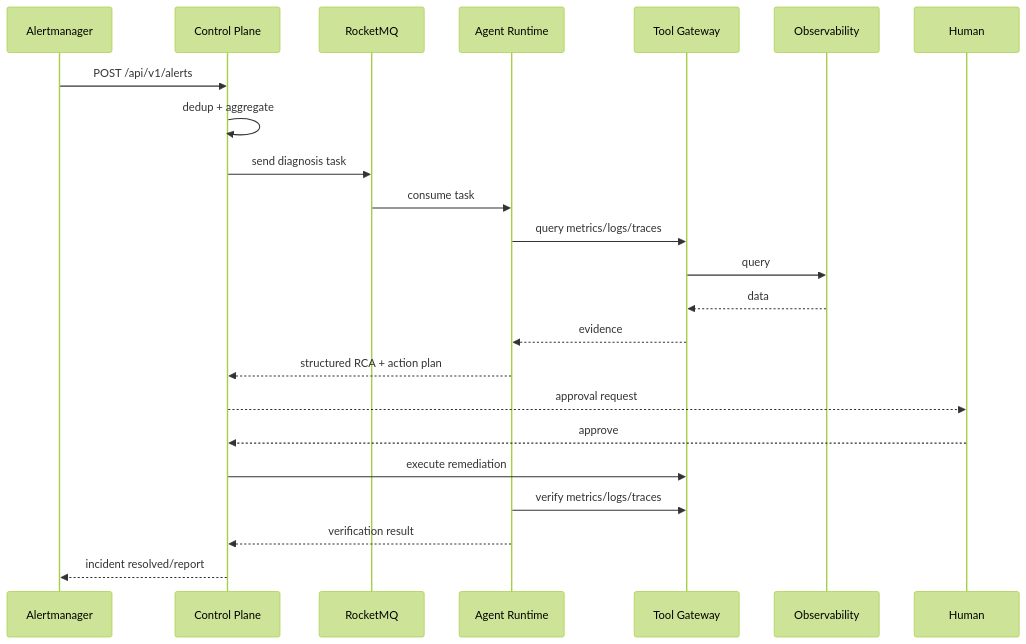
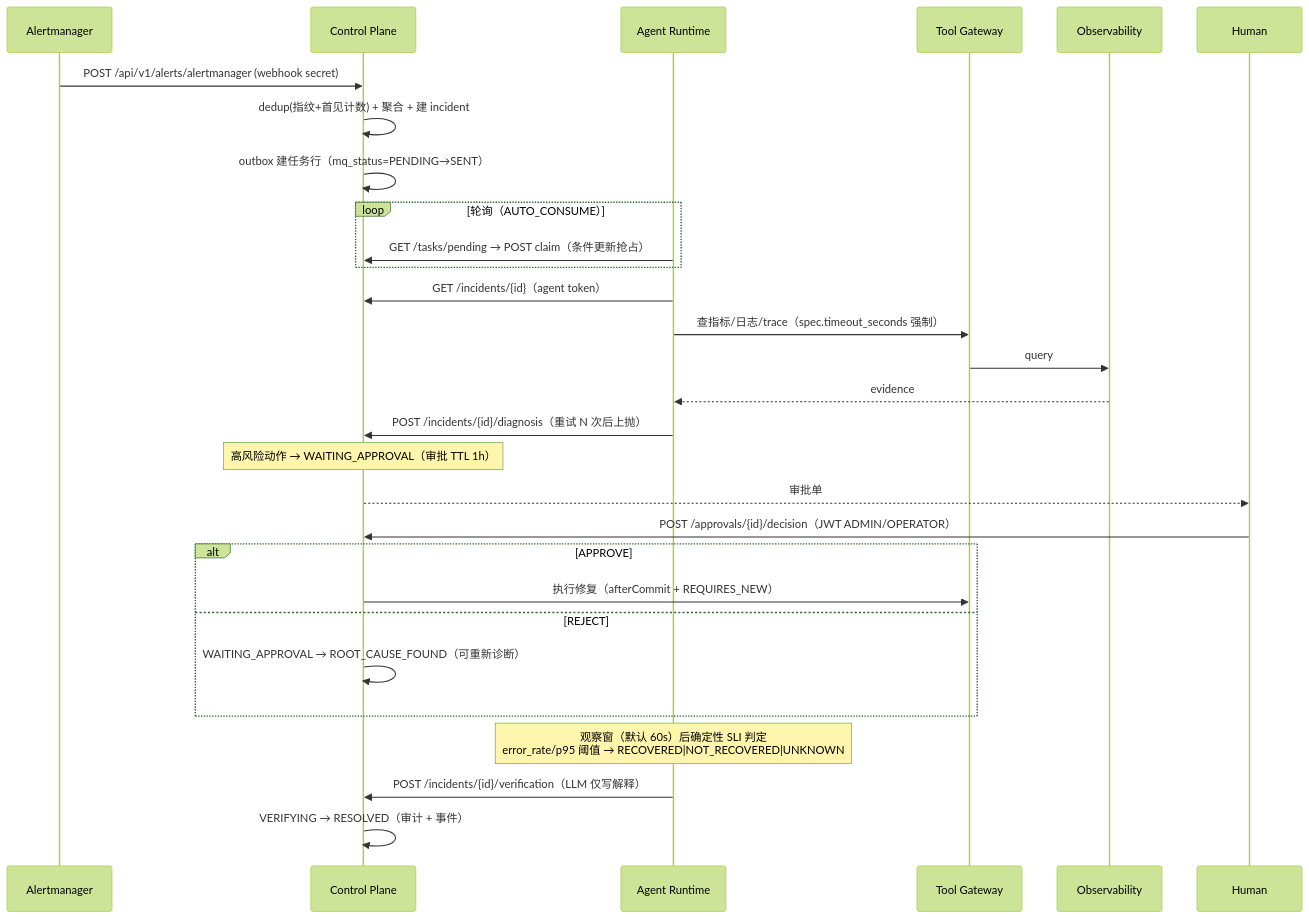
The second of 4 diagrams in docs/architecture.md (wuhuh/AI_SRE), drawn with Mermaid (forest theme) before and after one commit. The commit also changed other lines of this file and 3 other files, not shown here.

First line of the commit message:
docs: P1-DOC-04/05/06/07 rewrite architecture/security/production-audit to match code

````diff
--- a/docs/architecture.md
+++ b/docs/architecture.md
@@ -24,26 +33,32 @@
 ```mermaid
 sequenceDiagram
     participant A as Alertmanager
     participant CP as Control Plane
-    participant MQ as RocketMQ
     participant AR as Agent Runtime
     participant TS as Tool Gateway
     participant O as Observability
     participant H as Human
 
-    A->>CP: POST /api/v1/alerts
-    CP->>CP: dedup + aggregate
-    CP->>MQ: send diagnosis task
-    MQ->>AR: consume task
-    AR->>TS: query metrics/logs/traces
+    A->>CP: POST /api/v1/alerts/alertmanager (webhook secret)
+    CP->>CP: dedup(指纹+首见计数) + 聚合 + 建 incident
+    CP->>CP: outbox 建任务行（mq_status=PENDING→SENT）
+    loop 轮询（AUTO_CONSUME）
+        AR->>CP: GET /tasks/pending → POST claim（条件更新抢占）
+    end
+    AR->>CP: GET /incidents/{id}（agent token）
+    AR->>TS: 查指标/日志/trace（spec.timeout_seconds 强制）
     TS->>O: query
-    O-->>TS: data
-    TS-->>AR: evidence
-    AR-->>CP: structured RCA + action plan
-    CP-->>H: approval request
-    H-->>CP: approve
-    CP->>TS: execute remediation
-    AR->>TS: verify metrics/logs/traces
-    AR-->>CP: verification result
-    CP-->>A: incident resolved/report
+    O-->>AR: evidence
+    AR->>CP: POST /incidents/{id}/diagnosis（重试 N 次后上抛）
+    Note over CP: 高风险动作 → WAITING_APPROVAL（审批 TTL 1h）
+    CP-->>H: 审批单
+    H->>CP: POST /approvals/{id}/decision（JWT ADMIN/OPERATOR）
+    alt APPROVE
+        CP->>TS: 执行修复（afterCommit + REQUIRES_NEW）
+    else REJECT
+        CP->>CP: WAITING_APPROVAL → ROOT_CAUSE_FOUND（可重新诊断）
+    end
+    Note over AR: 观察窗（默认 60s）后确定性 SLI 判定<br/>error_rate/p95 阈值 → RECOVERED|NOT_RECOVERED|UNKNOWN
+    AR->>CP: POST /incidents/{id}/verification（LLM 仅写解释）
+    CP->>CP: VERIFYING → RESOLVED（审计 + 事件）
 ```
````
